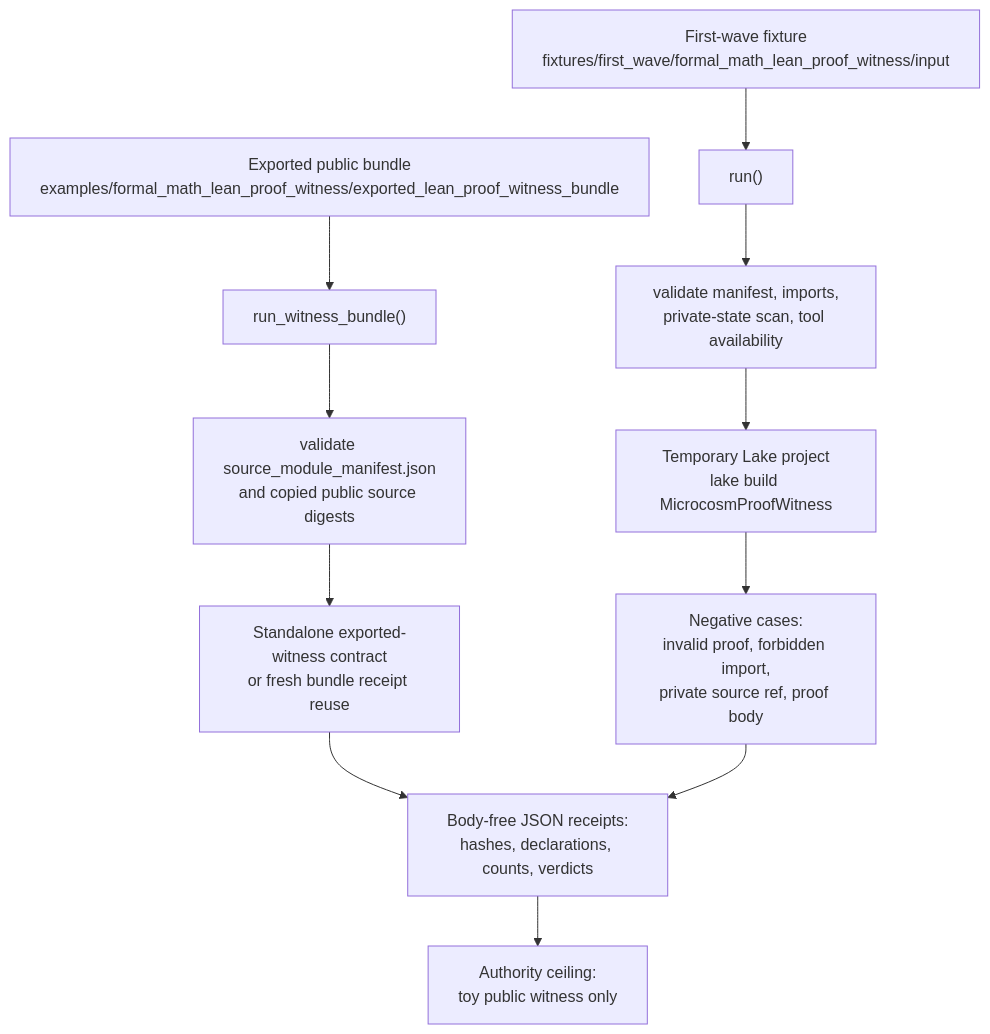
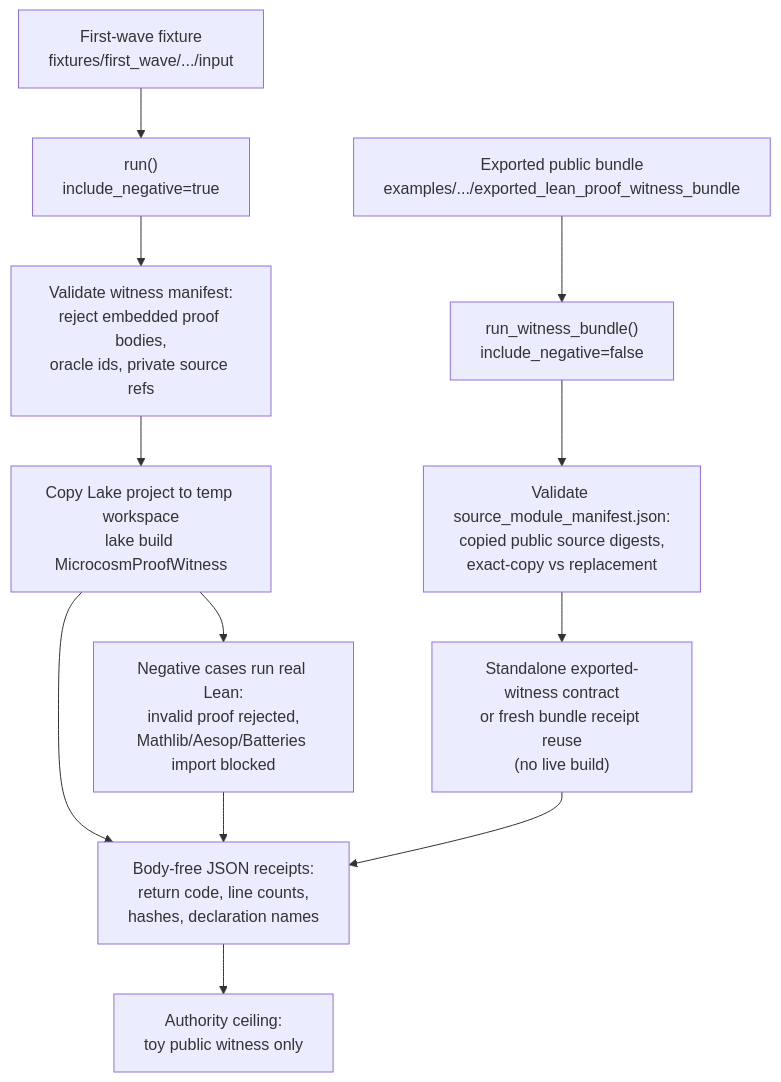
One commit to wcook04/plectis changed the diagram in paper_modules/formal_math_lean_proof_witness.md. Above: the diagram before and after it, drawn with Mermaid. The commit also changed other lines of this file and 90 other files, not shown here.

First line of the commit message:
microcosm: enrich public paper-module prose and Shape diagrams (91 modules)

````diff
--- a/paper_modules/formal_math_lean_proof_witness.md
+++ b/paper_modules/formal_math_lean_proof_witness.md
@@ -21,13 +52,14 @@
 ```mermaid
 flowchart TD
-  A["First-wave fixture<br/>fixtures/first_wave/formal_math_lean_proof_witness/input"] --> B["run()"]
-  C["Exported public bundle<br/>examples/formal_math_lean_proof_witness/exported_lean_proof_witness_bundle"] --> D["run_witness_bundle()"]
-  B --> E["validate manifest, imports,<br/>private-state scan, tool availability"]
-  D --> F["validate source_module_manifest.json<br/>and copied public source digests"]
-  E --> G["Temporary Lake project<br/>lake build MicrocosmProofWitness"]
-  F --> H["Standalone exported-witness contract<br/>or fresh bundle receipt reuse"]
-  G --> I["Negative cases:<br/>invalid proof, forbidden import,<br/>private source ref, proof body"]
-  H --> J["Body-free JSON receipts:<br/>hashes, declarations, counts, verdicts"]
+  A["First-wave fixture<br/>fixtures/first_wave/.../input"] --> B["run()<br/>include_negative=true"]
+  C["Exported public bundle<br/>examples/.../exported_lean_proof_witness_bundle"] --> D["run_witness_bundle()<br/>include_negative=false"]
+  B --> E["Validate witness manifest:<br/>reject embedded proof bodies,<br/>oracle ids, private source refs"]
+  D --> F["Validate source_module_manifest.json:<br/>copied public source digests,<br/>exact-copy vs replacement"]
+  E --> G["Copy Lake project to temp workspace<br/>lake build MicrocosmProofWitness"]
+  G --> H["Negative cases run real Lean:<br/>invalid proof rejected,<br/>Mathlib/Aesop/Batteries import blocked"]
+  F --> I["Standalone exported-witness contract<br/>or fresh bundle receipt reuse<br/>(no live build)"]
+  G --> J["Body-free JSON receipts:<br/>return code, line counts,<br/>hashes, declaration names"]
+  H --> J
   I --> J
   J --> K["Authority ceiling:<br/>toy public witness only"]
 ```
````
